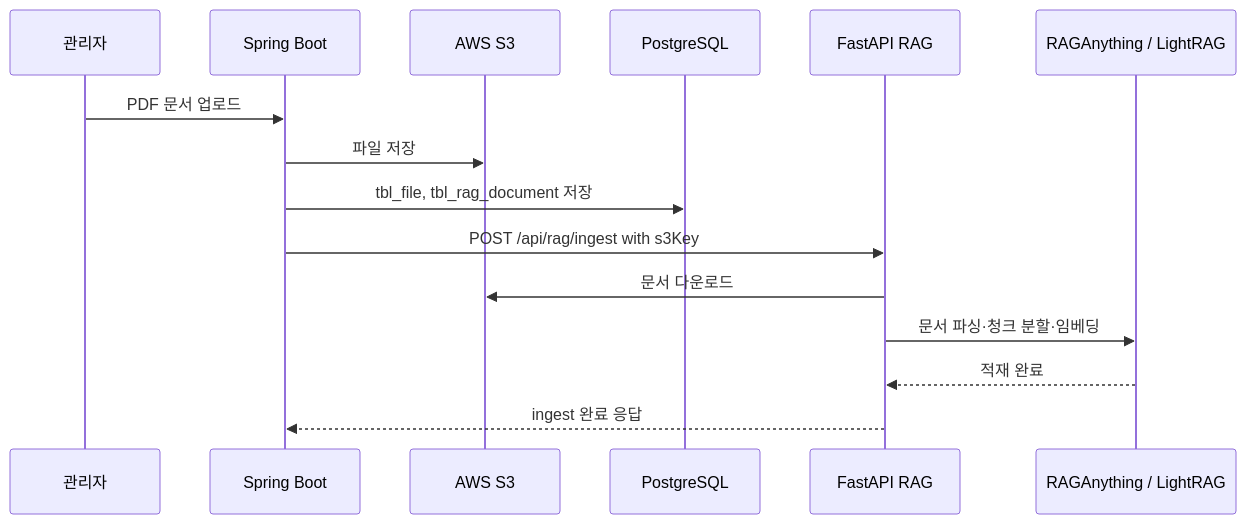
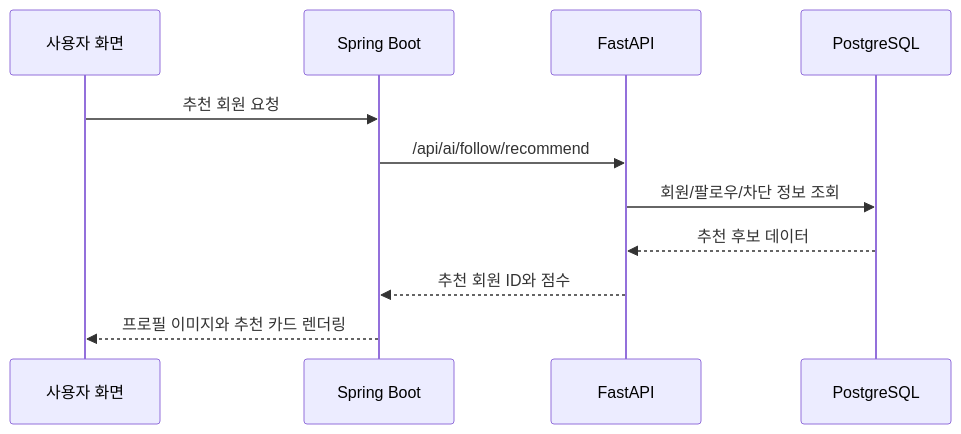
Before and after one commit to tomatosugarpickled/announcement-_ai: the fourth of 8 diagrams in README.md, drawn with Mermaid. The commit also changed other lines of this file and 6 other files, not shown here.

````diff
--- a/README.md
+++ b/README.md
@@ -252,18 +250,14 @@
 ```mermaid
 sequenceDiagram
-    participant Admin as 관리자
+    participant Browser as 사용자 화면
     participant Spring as Spring Boot
-    participant S3 as AWS S3
+    participant FastAPI as FastAPI
     participant DB as PostgreSQL
-    participant FastAPI as FastAPI RAG
-    participant RAG as RAGAnything / LightRAG
 
-    Admin->>Spring: PDF 문서 업로드
-    Spring->>S3: 파일 저장
-    Spring->>DB: tbl_file, tbl_rag_document 저장
-    Spring->>FastAPI: POST /api/rag/ingest with s3Key
-    FastAPI->>S3: 문서 다운로드
-    FastAPI->>RAG: 문서 파싱·청크 분할·임베딩
-    RAG-->>FastAPI: 적재 완료
-    FastAPI-->>Spring: ingest 완료 응답
+    Browser->>Spring: 추천 회원 요청
+    Spring->>FastAPI: /api/ai/follow/recommend
+    FastAPI->>DB: 회원/팔로우/차단 정보 조회
+    DB-->>FastAPI: 추천 후보 데이터
+    FastAPI-->>Spring: 추천 회원 ID와 점수
+    Spring-->>Browser: 프로필 이미지와 추천 카드 렌더링
 ```
````
